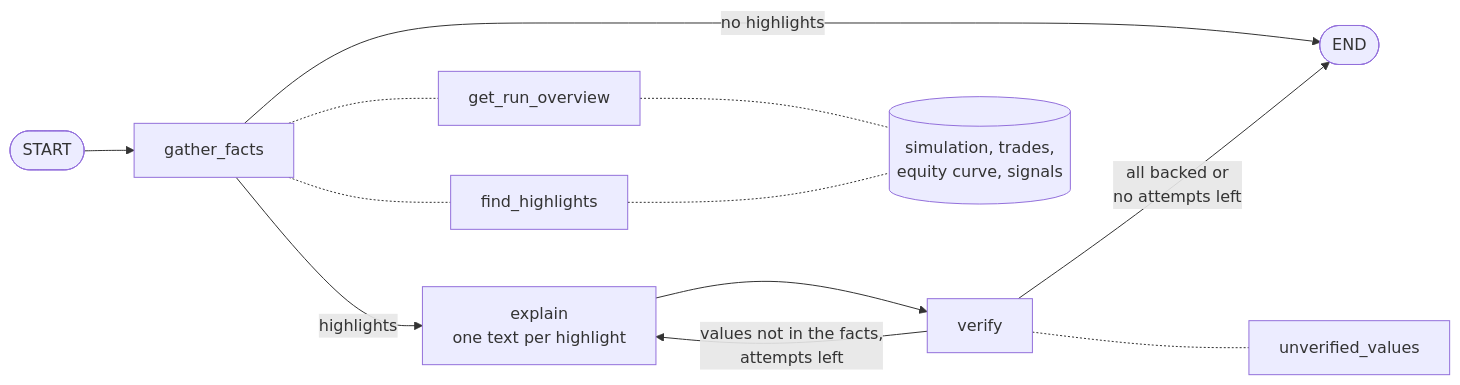
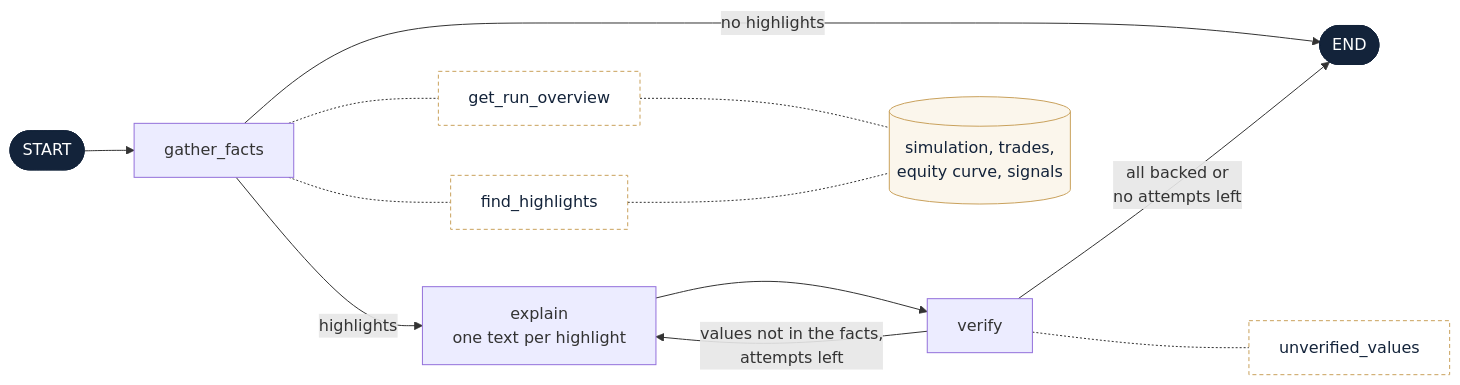
Before and after one commit to CardozoEIA/trading_simulator: the fourth of 9 diagrams in docs/agents.md, drawn with Mermaid. The commit also changed other lines of this file and 8 other files, not shown here.

First line of the commit message:
docs(agents): export every per-agent diagram with its tools

````diff
--- a/docs/agents.md
+++ b/docs/agents.md
@@ -98,12 +152,20 @@
 ```mermaid
 flowchart LR
     S([START]) --> G[gather_facts]
     G -->|no highlights| E([END])
     G -->|highlights| X[explain<br/>one text per highlight]
     X --> V[verify]
     V -->|values not in the facts,<br/>attempts left| X
     V -->|all backed or<br/>no attempts left| E
 
     G -.- t1[get_run_overview] & t2[find_highlights] -.- d[(simulation, trades,<br/>equity curve, signals)]
     V -.- u[unverified_values]
+
+    classDef io fill:#13233a,stroke:#13233a,color:#ffffff
+    classDef tool fill:#ffffff,stroke:#c9a15c,stroke-dasharray:4 3,color:#13233a
+    classDef data fill:#fbf6ec,stroke:#c9a15c,color:#13233a
+    classDef subflow fill:#e4ecf8,stroke:#2f63ad,stroke-width:2px,color:#13233a
+    class S,E io
+    class t1,t2,u tool
+    class d data
 ```
````
